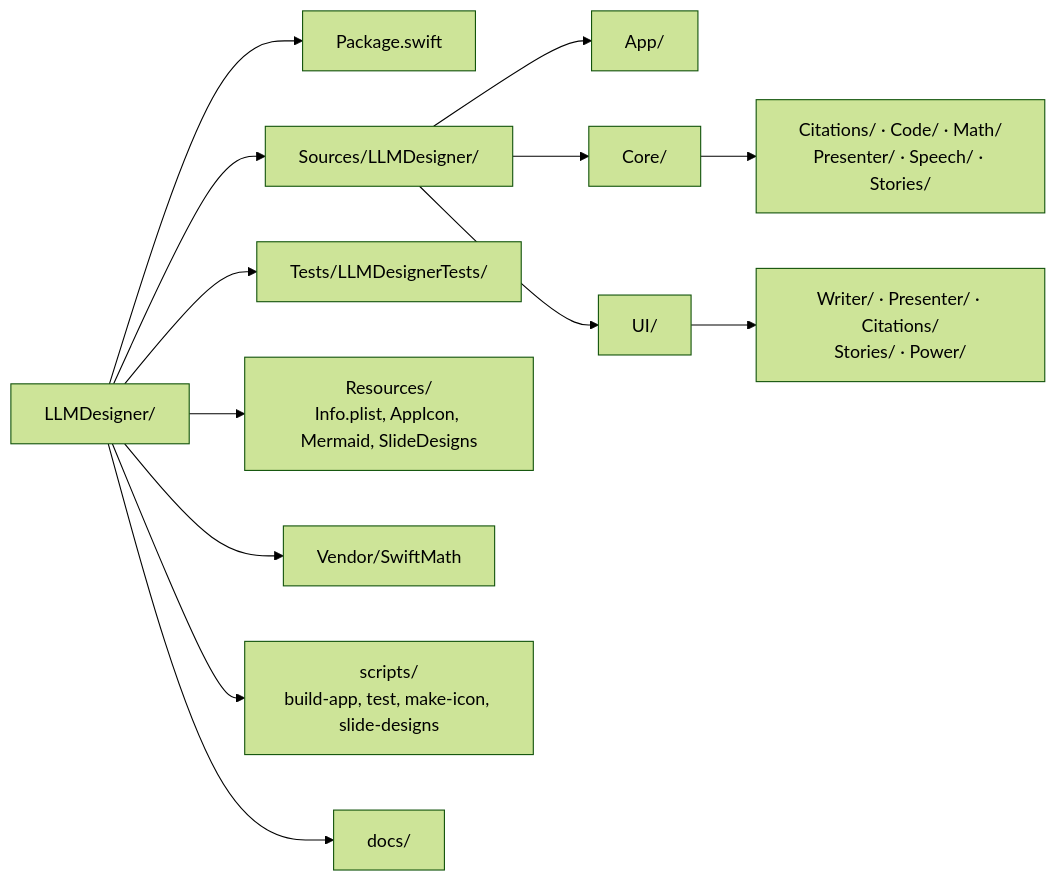
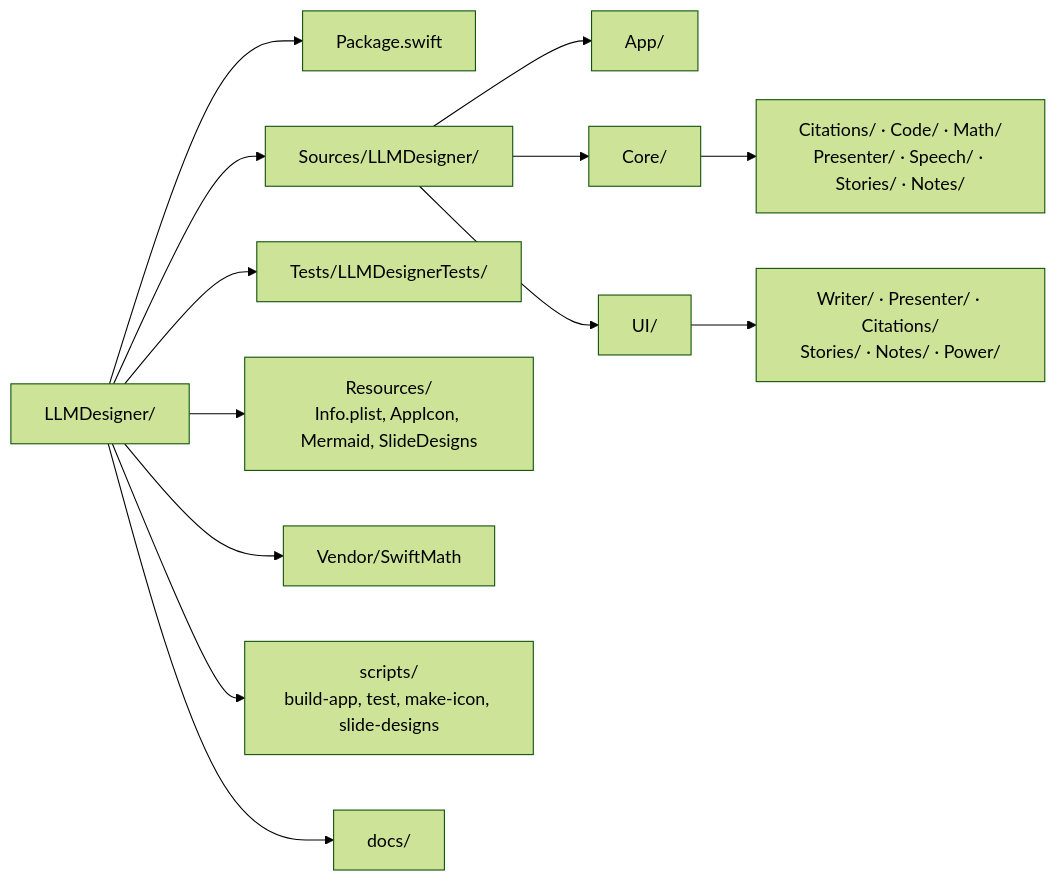
One commit to AlexEhrenberger/LLMDesigner changed the first of 2 diagrams in docs/code.md. Above: the diagram before and after it, drawn with Mermaid (forest theme). The commit also changed other lines of this file and 37 other files, not shown here.

````diff
--- a/docs/code.md
+++ b/docs/code.md
@@ -27,15 +27,15 @@
 ```mermaid
 flowchart LR
     R["LLMDesigner/"] --> P["Package.swift"]
     R --> S["Sources/LLMDesigner/"]
     R --> T["Tests/LLMDesignerTests/"]
     R --> RE["Resources/<br/>Info.plist, AppIcon, Mermaid, SlideDesigns"]
     R --> V["Vendor/SwiftMath"]
     R --> SC["scripts/<br/>build-app, test, make-icon, slide-designs"]
     R --> D["docs/"]
     S --> A["App/"]
     S --> C["Core/"]
     S --> U["UI/"]
-    C --> C1["Citations/ · Code/ · Math/<br/>Presenter/ · Speech/ · Stories/"]
-    U --> U1["Writer/ · Presenter/ · Citations/<br/>Stories/ · Power/"]
+    C --> C1["Citations/ · Code/ · Math/<br/>Presenter/ · Speech/ · Stories/ · Notes/"]
+    U --> U1["Writer/ · Presenter/ · Citations/<br/>Stories/ · Notes/ · Power/"]
 ```
````
